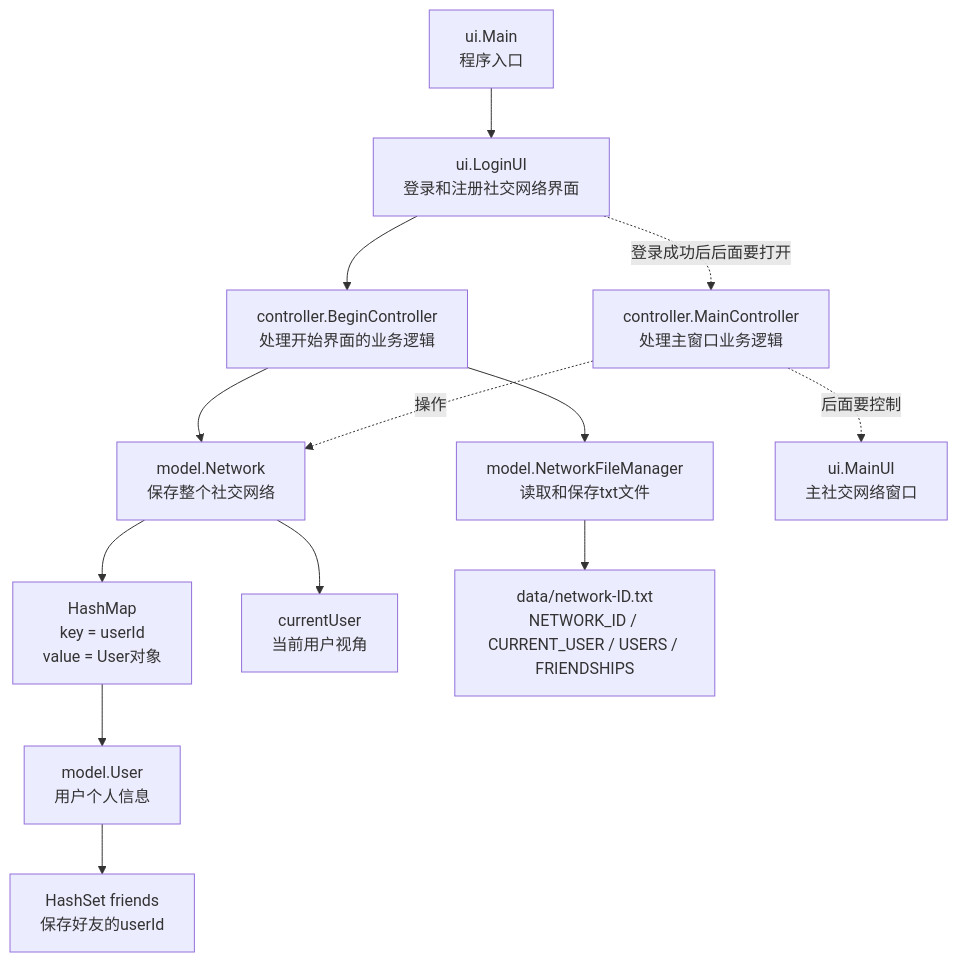
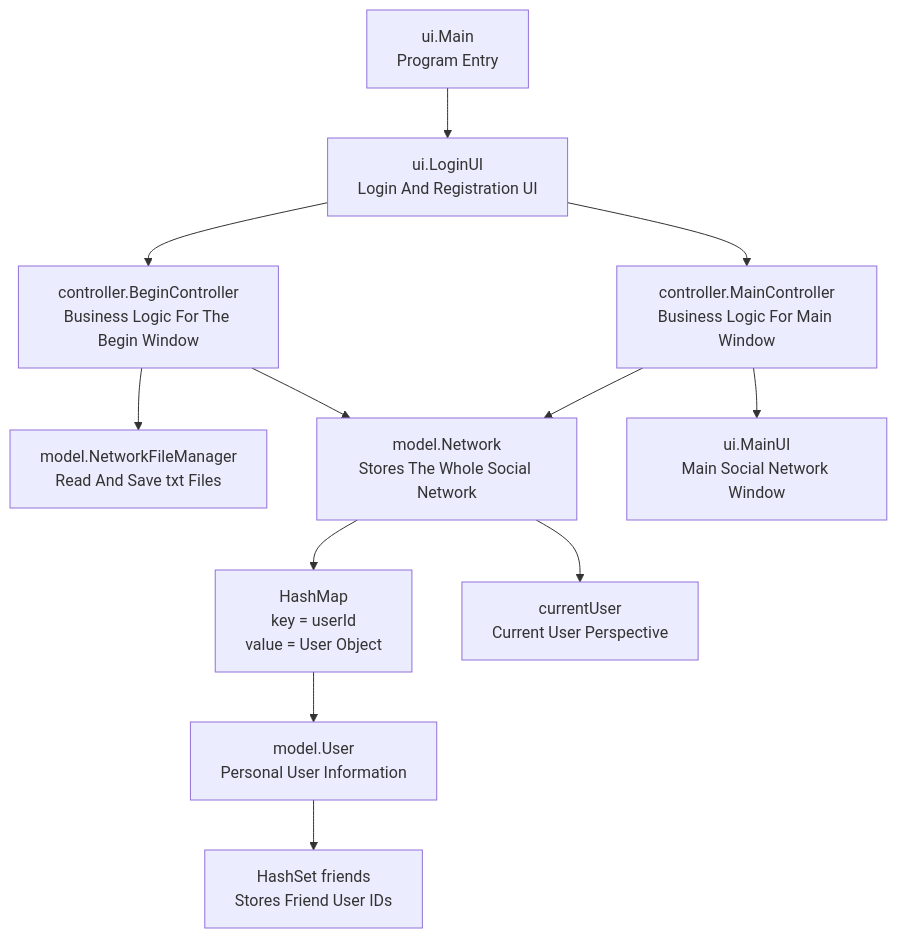
The diagram in README.md (xwx-da1sy/group_work), drawn with Mermaid before and after one commit. The commit also changed other lines of this file and 8 other files, not shown here.

````diff
--- a/README.md
+++ b/README.md
@@ -256,20 +268,18 @@
 ```mermaid
 flowchart TD
-    Main["ui.Main<br/>程序入口"] --> LoginUI["ui.LoginUI<br/>登录和注册社交网络界面"]
+    Main["ui.Main<br/>Program Entry"] --> LoginUI["ui.LoginUI<br/>Login And Registration UI"]
 
-    LoginUI --> BeginController["controller.BeginController<br/>处理开始界面的业务逻辑"]
+    LoginUI --> BeginController["controller.BeginController<br/>Business Logic For The Begin Window"]
 
-    BeginController --> NetworkFileManager["model.NetworkFileManager<br/>读取和保存txt文件"]
-    BeginController --> Network["model.Network<br/>保存整个社交网络"]
+    BeginController --> NetworkFileManager["model.NetworkFileManager<br/>Read And Save txt Files"]
+    BeginController --> Network["model.Network<br/>Stores The Whole Social Network"]
 
-    Network --> UserMap["HashMap<Integer, User><br/>key = userId<br/>value = User对象"]
-    Network --> CurrentUser["currentUser<br/>当前用户视角"]
-    UserMap --> User["model.User<br/>用户个人信息"]
-    User --> FriendSet["HashSet<Integer> friends<br/>保存好友的userId"]
+    Network --> UserMap["HashMap<Integer, User><br/>key = userId<br/>value = User Object"]
+    Network --> CurrentUser["currentUser<br/>Current User Perspective"]
+    UserMap --> User["model.User<br/>Personal User Information"]
+    User --> FriendSet["HashSet<Integer> friends<br/>Stores Friend User IDs"]
 
-    NetworkFileManager --> DataFile["data/network-ID.txt<br/>NETWORK_ID / CURRENT_USER / USERS / FRIENDSHIPS"]
-
-    LoginUI -.登录成功后后面要打开.-> MainController["controller.MainController<br/>处理主窗口业务逻辑"]
-    MainController -.后面要控制.-> MainUI["ui.MainUI<br/>主社交网络窗口"]
-    MainController -.操作.-> Network
+    LoginUI --> MainController["controller.MainController<br/>Business Logic For Main Window"]
+    MainController --> MainUI["ui.MainUI<br/>Main Social Network Window"]
+    MainController --> Network
 ```
````
